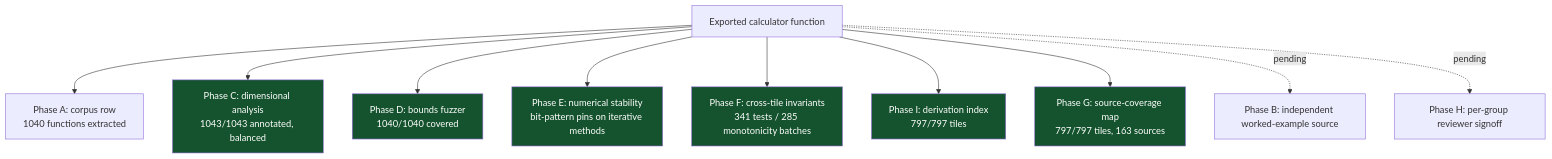
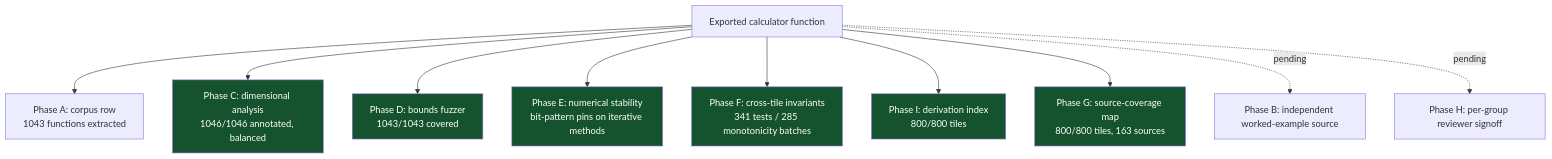
Before and after one commit to clay-good/roughlogic.com: the sixth of 8 diagrams in README.md, drawn with Mermaid. The commit also changed other lines of this file and 19 other files, not shown here.

````diff
--- a/README.md
+++ b/README.md
@@ -519,18 +519,18 @@
 ```mermaid
 flowchart TB
-    F[Exported calculator function] --> A[Phase A: corpus row\n1040 functions extracted]
-    F --> C[Phase C: dimensional analysis\n1043/1043 annotated, balanced]
-    F --> D[Phase D: bounds fuzzer\n1040/1040 covered]
+    F[Exported calculator function] --> A[Phase A: corpus row\n1043 functions extracted]
+    F --> C[Phase C: dimensional analysis\n1046/1046 annotated, balanced]
+    F --> D[Phase D: bounds fuzzer\n1043/1043 covered]
     F --> E[Phase E: numerical stability\nbit-pattern pins on iterative methods]
     F --> Fa[Phase F: cross-tile invariants\n341 tests / 285 monotonicity batches]
-    F --> I[Phase I: derivation index\n797/797 tiles]
-    F --> G[Phase G: source-coverage map\n797/797 tiles, 163 sources]
+    F --> I[Phase I: derivation index\n800/800 tiles]
+    F --> G[Phase G: source-coverage map\n800/800 tiles, 163 sources]
     F -.pending.-> B[Phase B: independent worked-example source]
     F -.pending.-> H[Phase H: per-group reviewer signoff]
     style C fill:#14532d,color:#fff
     style D fill:#14532d,color:#fff
     style E fill:#14532d,color:#fff
     style Fa fill:#14532d,color:#fff
     style G fill:#14532d,color:#fff
     style I fill:#14532d,color:#fff
 ```
````
